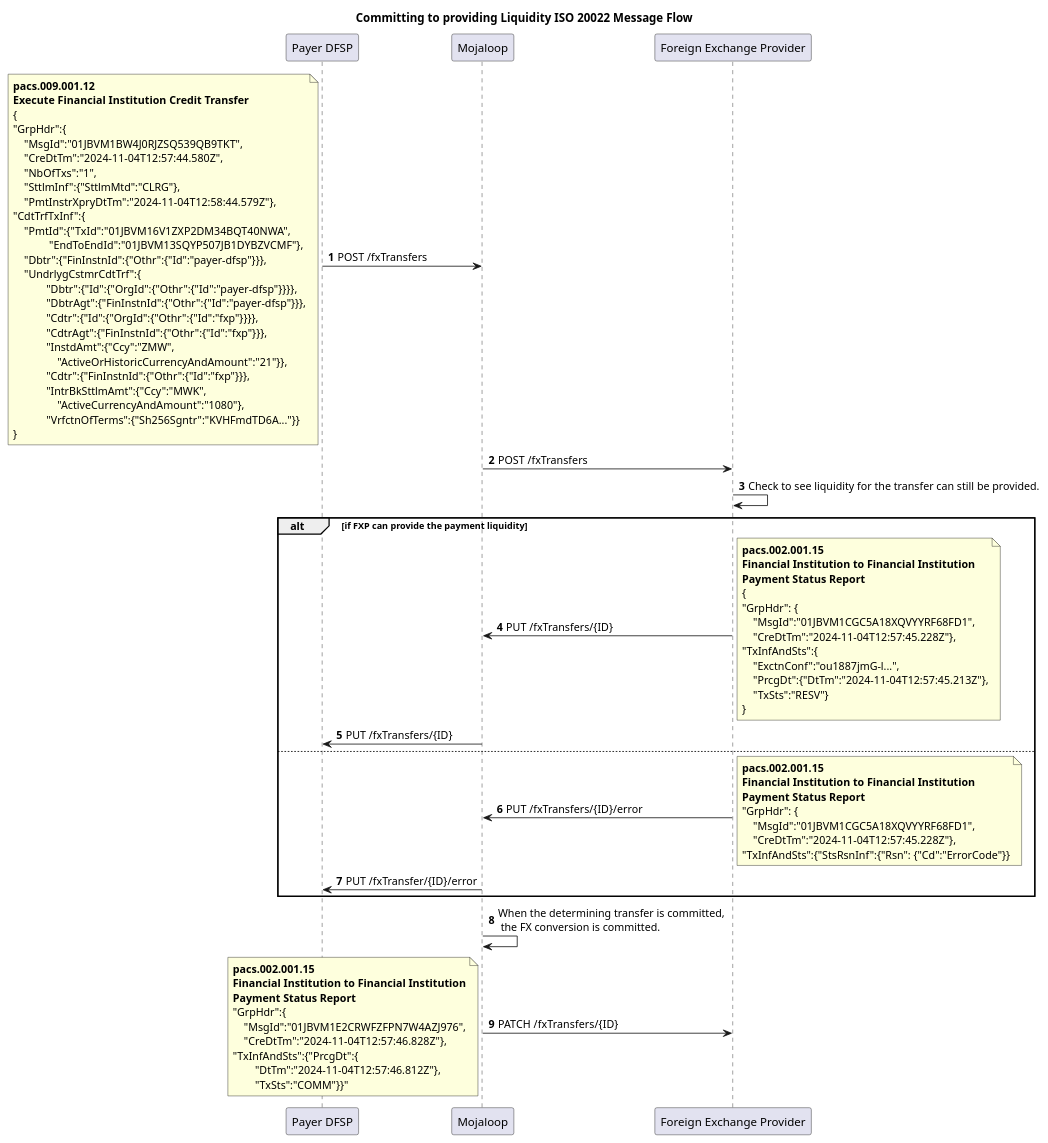
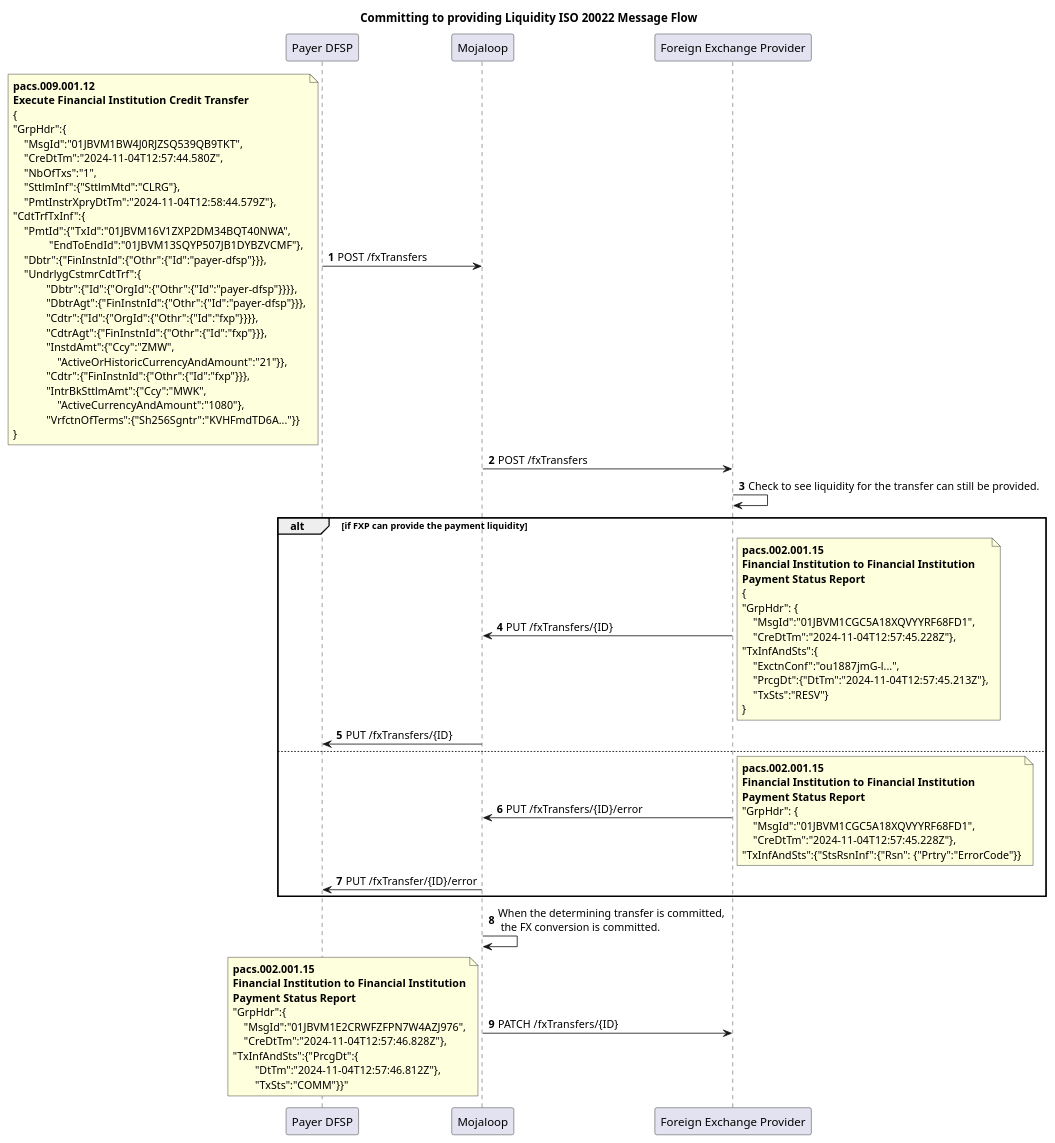
The diagram in Workstream documents/MarketPracticeDoc/SequenceDiagrams/ConversionTransfer.plantuml (mojaloop/iso-20022-docs), drawn with PlantUML before and after one commit. The commit also changed 72 other files, not shown here.

Commit message:
feat: Updated field descriptions; Added ILP reference; Moved Error Code from Cd to Prtry

```diff
--- a/Workstream documents/MarketPracticeDoc/SequenceDiagrams/ConversionTransfer.plantuml
+++ b/Workstream documents/MarketPracticeDoc/SequenceDiagrams/ConversionTransfer.plantuml
@@ -1,88 +1,88 @@
 @startuml
 
 Title Committing to providing Liquidity ISO 20022 Message Flow
 participant PayerDFSP as "Payer DFSP"
 participant Mojaloop as "Mojaloop"
 participant FXP as "Foreign Exchange Provider"
 
 autonumber
 
 PayerDFSP -> Mojaloop: POST /fxTransfers
 note left
 **pacs.009.001.12**
 **Execute Financial Institution Credit Transfer**
 {
 "GrpHdr":{
     "MsgId":"01JBVM1BW4J0RJZSQ539QB9TKT",
     "CreDtTm":"2024-11-04T12:57:44.580Z",
     "NbOfTxs":"1",
     "SttlmInf":{"SttlmMtd":"CLRG"},
     "PmtInstrXpryDtTm":"2024-11-04T12:58:44.579Z"},
 "CdtTrfTxInf":{
     "PmtId":{"TxId":"01JBVM16V1ZXP2DM34BQT40NWA",
              "EndToEndId":"01JBVM13SQYP507JB1DYBZVCMF"},
     "Dbtr":{"FinInstnId":{"Othr":{"Id":"payer-dfsp"}}},
     "UndrlygCstmrCdtTrf":{
             "Dbtr":{"Id":{"OrgId":{"Othr":{"Id":"payer-dfsp"}}}},
             "DbtrAgt":{"FinInstnId":{"Othr":{"Id":"payer-dfsp"}}},
             "Cdtr":{"Id":{"OrgId":{"Othr":{"Id":"fxp"}}}},
             "CdtrAgt":{"FinInstnId":{"Othr":{"Id":"fxp"}}},
             "InstdAmt":{"Ccy":"ZMW",
                 "ActiveOrHistoricCurrencyAndAmount":"21"}},
             "Cdtr":{"FinInstnId":{"Othr":{"Id":"fxp"}}},
             "IntrBkSttlmAmt":{"Ccy":"MWK",
                 "ActiveCurrencyAndAmount":"1080"},
             "VrfctnOfTerms":{"Sh256Sgntr":"KVHFmdTD6A..."}}
 }
 end note
 Mojaloop -> FXP: POST /fxTransfers
 FXP -> FXP: Check to see liquidity for the transfer can still be provided.  
 alt if FXP can provide the payment liquidity
 FXP -> Mojaloop: PUT /fxTransfers/{ID}
 note right
 **pacs.002.001.15**
 **Financial Institution to Financial Institution** 
 **Payment Status Report**
 {
 "GrpHdr": {
     "MsgId":"01JBVM1CGC5A18XQVYYRF68FD1",
     "CreDtTm":"2024-11-04T12:57:45.228Z"},
 "TxInfAndSts":{
     "ExctnConf":"ou1887jmG-l...",
     "PrcgDt":{"DtTm":"2024-11-04T12:57:45.213Z"},
     "TxSts":"RESV"}
 }
 end note
 Mojaloop -> PayerDFSP: PUT /fxTransfers/{ID}
 
 else
 
 FXP -> Mojaloop: PUT /fxTransfers/{ID}/error 
 note right
 **pacs.002.001.15**
 **Financial Institution to Financial Institution** 
 **Payment Status Report**
 "GrpHdr": {
     "MsgId":"01JBVM1CGC5A18XQVYYRF68FD1",
     "CreDtTm":"2024-11-04T12:57:45.228Z"},
-"TxInfAndSts":{"StsRsnInf":{"Rsn": {"Cd":"ErrorCode"}}
+"TxInfAndSts":{"StsRsnInf":{"Rsn": {"Prtry":"ErrorCode"}}
 end note
 Mojaloop -> PayerDFSP: PUT /fxTransfer/{ID}/error 
 end
 
 Mojaloop -> Mojaloop: When the determining transfer is committed, \n the FX conversion is committed.
 
 Mojaloop->FXP: PATCH /fxTransfers/{ID}
 note left
 **pacs.002.001.15**
 **Financial Institution to Financial Institution**
 **Payment Status Report**
 "GrpHdr":{
     "MsgId":"01JBVM1E2CRWFZFPN7W4AZJ976",
     "CreDtTm":"2024-11-04T12:57:46.828Z"},
 "TxInfAndSts":{"PrcgDt":{
         "DtTm":"2024-11-04T12:57:46.812Z"},
         "TxSts":"COMM"}}"        
 end note
 
 @enduml
```
